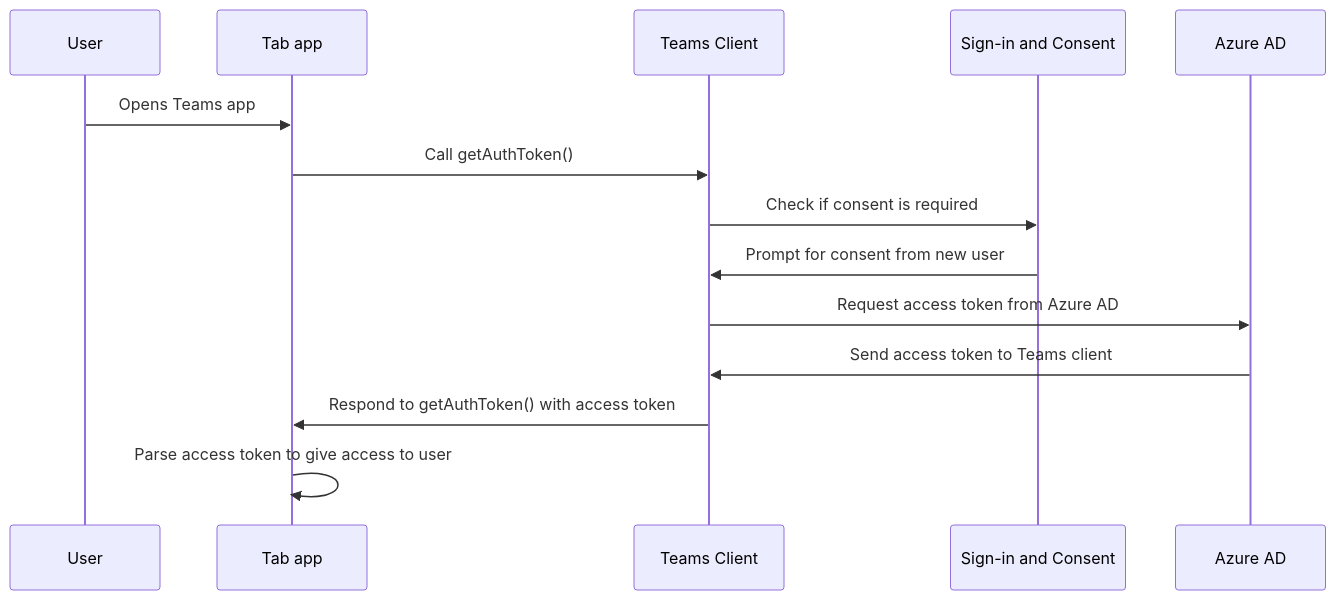
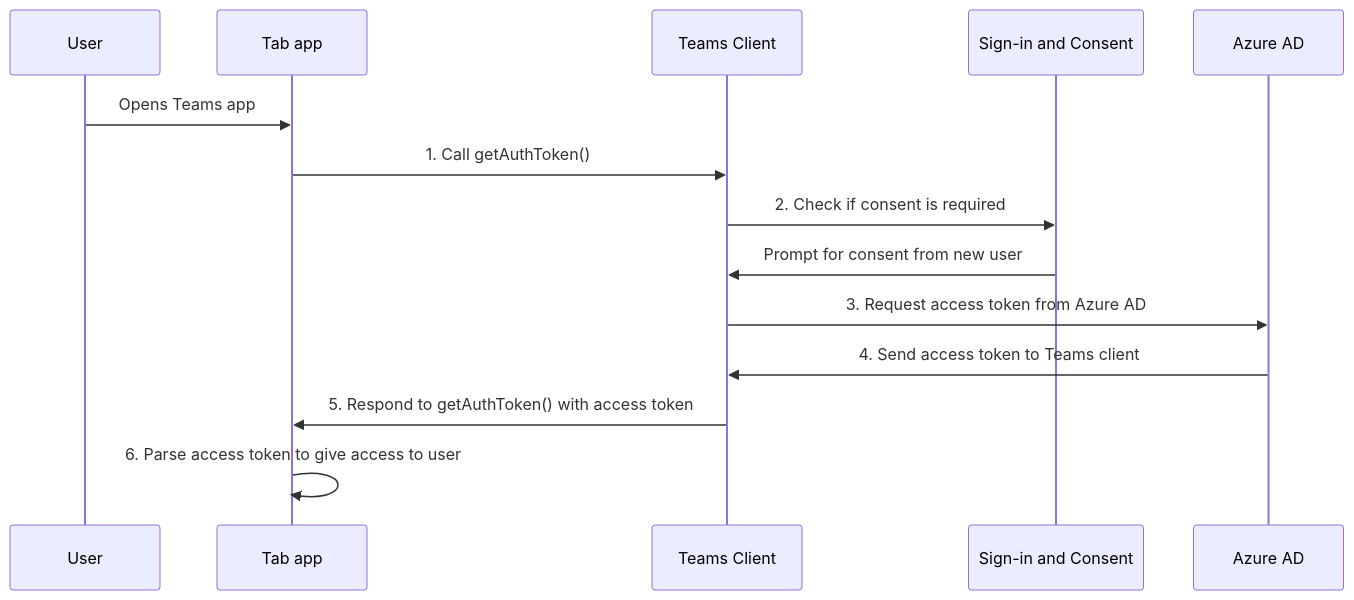
The diagram in msteams-platform/tabs/how-to/authentication/tab-sso-overview.md (MicrosoftDocs/msteams-docs), drawn with Mermaid before and after one commit. The commit also changed other lines of this file, not shown here.

````diff
--- a/msteams-platform/tabs/how-to/authentication/tab-sso-overview.md
+++ b/msteams-platform/tabs/how-to/authentication/tab-sso-overview.md
@@ -47,11 +47,11 @@
 ```mermaid
 sequenceDiagram
     User->>Tab app: Opens Teams app
-    Tab app->>Teams Client: Call getAuthToken()
-    Teams Client->>Sign-in and Consent: Check if consent is required
+    Tab app->>Teams Client: 1. Call getAuthToken()
+    Teams Client->>Sign-in and Consent: 2. Check if consent is required
     Sign-in and Consent->>Teams Client: Prompt for consent from new user
-    Teams Client->>Azure AD: Request access token from Azure AD
-    Azure AD->>Teams Client: Send access token to Teams client
-    Teams Client->>Tab app: Respond to getAuthToken() with access token
-    Tab app->>Tab app: Parse access token to give access to user
+    Teams Client->>Azure AD: 3. Request access token from Azure AD
+    Azure AD->>Teams Client: 4. Send access token to Teams client
+    Teams Client->>Tab app: 5. Respond to getAuthToken() with access token
+    Tab app->>Tab app: 6. Parse access token to give access to user
 ```
````
